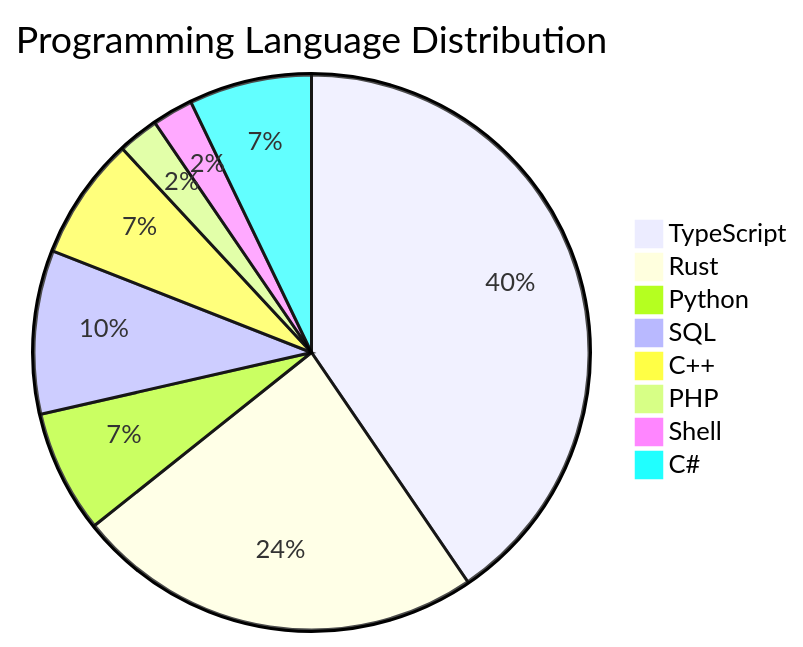
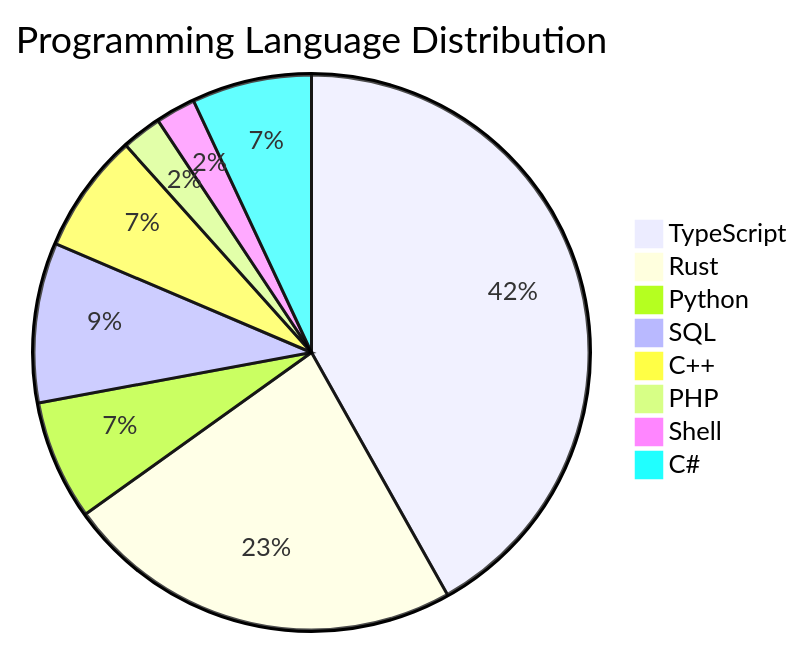
One commit to ernivani/leetcode-solutions changed the second of 2 diagrams in JOURNAL.md. Above: the diagram before and after it, drawn with Mermaid. The commit also changed other lines of this file and 2 other files, not shown here.

Commit message:
Update JOURNAL.md, README.md, and add TypeScript solution for problem 36: Valid Sudoku. Adjust problem difficulty and programming language distribution statistics to reflect the new entry. Ensure proper formatting throughout.

````diff
--- a/JOURNAL.md
+++ b/JOURNAL.md
@@ -61,11 +62,11 @@
 ```mermaid
 pie title Programming Language Distribution
-    "TypeScript" : 17
+    "TypeScript" : 18
     "Rust" : 10
     "Python" : 3
     "SQL" : 4
     "C++" : 3
     "PHP" : 1
     "Shell" : 1
     "C#" : 3
 ```
````
